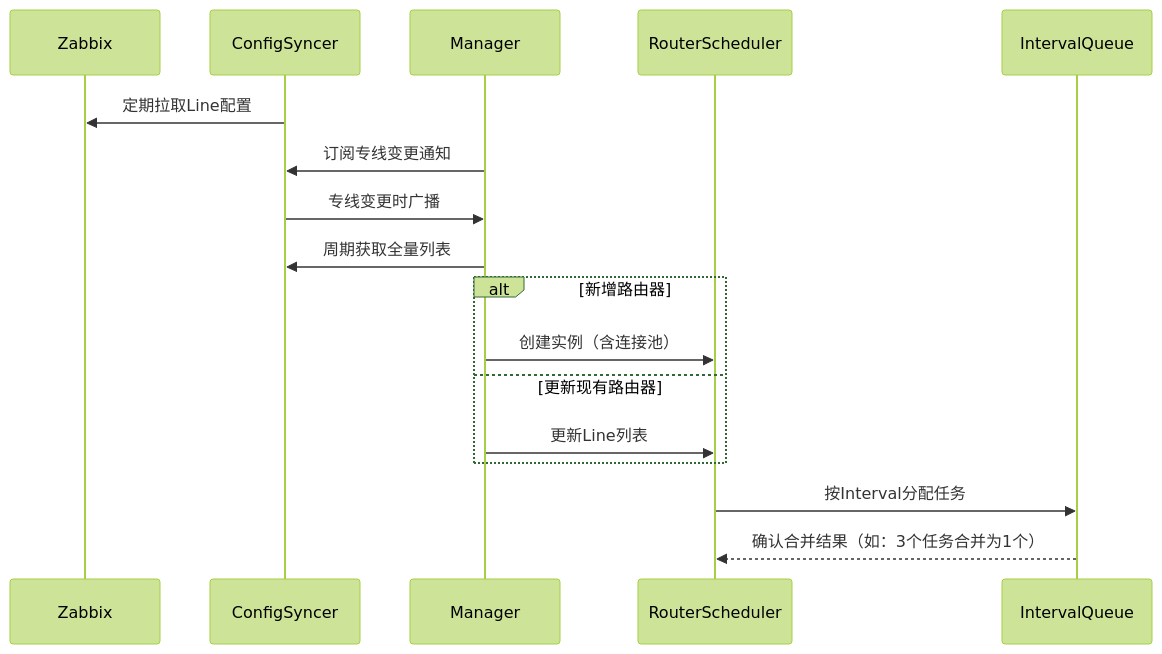
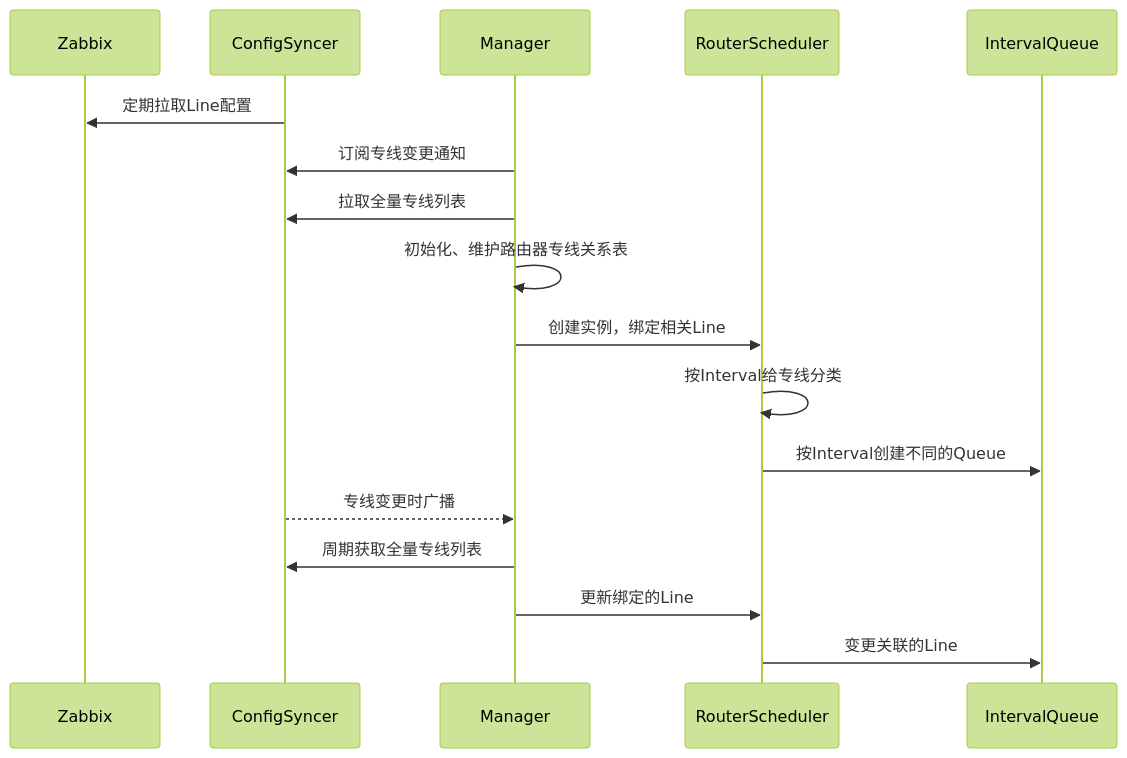
One commit to charlesren/zabbix_ddl_monitor changed the second of 3 diagrams in spec/line_monitoring/design.md. Above: the diagram before and after it, drawn with Mermaid (forest theme). The commit also changed other lines of this file and 1 other file, not shown here.

````diff
--- a/spec/line_monitoring/design.md
+++ b/spec/line_monitoring/design.md
@@ -94,20 +84,20 @@
 ```mermaid
 sequenceDiagram
     participant Zabbix
     participant ConfigSyncer
     participant Manager
     participant RouterScheduler
     participant IntervalQueue
 
     ConfigSyncer->>Zabbix: 定期拉取Line配置
     Manager->>ConfigSyncer: 订阅专线变更通知
-    ConfigSyncer->>Manager: 专线变更时广播
-    Manager->>ConfigSyncer: 周期获取全量列表
-    alt 新增路由器
-        Manager->>RouterScheduler: 创建实例（含连接池）
-    else 更新现有路由器
-        Manager->>RouterScheduler: 更新Line列表
-    end
-    RouterScheduler->>IntervalQueue: 按Interval分配任务
-    IntervalQueue-->>RouterScheduler: 确认合并结果（如：3个任务合并为1个）
+    Manager->>ConfigSyncer: 拉取全量专线列表
+    Manager->>Manager: 初始化、维护路由器专线关系表
+    Manager->>RouterScheduler: 创建实例，绑定相关Line
+    RouterScheduler->>RouterScheduler: 按Interval给专线分类
+    RouterScheduler->>IntervalQueue: 按Interval创建不同的Queue
+    ConfigSyncer-->>Manager: 专线变更时广播
+    Manager->>ConfigSyncer: 周期获取全量专线列表
+    Manager->>RouterScheduler: 更新绑定的Line
+    RouterScheduler->>IntervalQueue: 变更关联的Line
 ```
````
